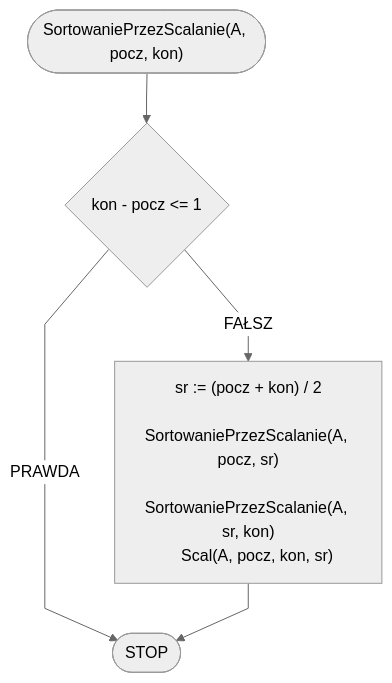
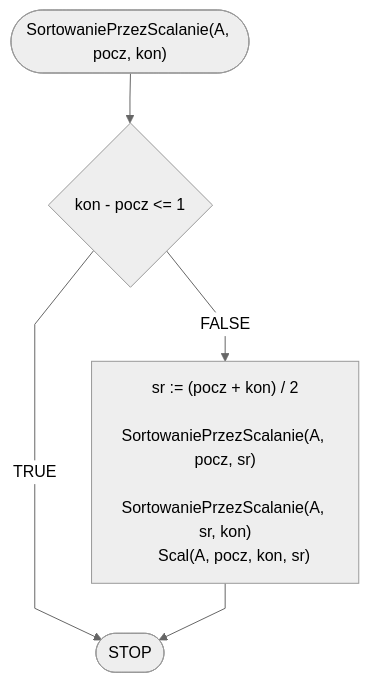
Before and after one commit to blackbat13/edu-cs-htiew-en: the second of 2 diagrams in docs/algorithms/sorting/merge-sort.md, drawn with Mermaid. The commit also changed other lines of this file and 682 other files, not shown here.

````diff
--- a/docs/algorithms/sorting/merge-sort.md
+++ b/docs/algorithms/sorting/merge-sort.md
@@ -116,11 +116,11 @@
 ```mermaid
 %%{init: {"flowchart": {"curve": "linear"}, "theme": "neutral"} }%%
 flowchart TD
     START(["SortowaniePrzezScalanie(A, pocz, kon)"]) --> K1{kon - pocz <= 1}
-    K1 -- PRAWDA --> STOP([STOP])
-    K1 -- FAŁSZ --> K3["sr := (pocz + kon) / 2
+    K1 -- TRUE --> STOP([STOP])
+    K1 -- FALSE --> K3["sr := (pocz + kon) / 2
     SortowaniePrzezScalanie(A, pocz, sr)
     SortowaniePrzezScalanie(A, sr, kon)
     Scal(A, pocz, kon, sr)"]
     K3 --> STOP
 ```
````
